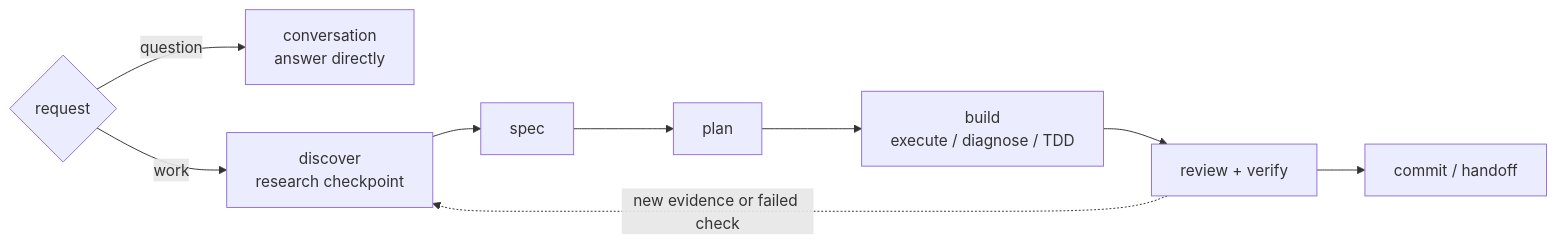
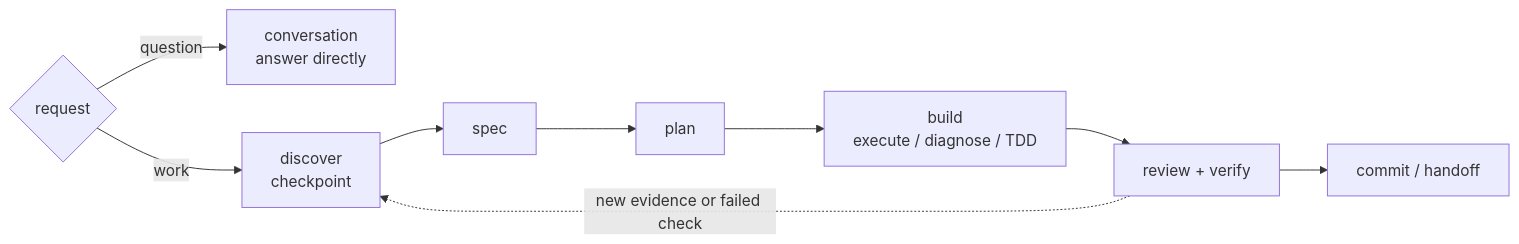
One commit to hassan-mohiddin/freeflow changed the first of 2 diagrams in plugins/freeflow/skills/workflow/references/workflow-map.md. Above: the diagram before and after it, drawn with Mermaid. The commit also changed other lines of this file and 51 other files, not shown here.

````diff
--- a/plugins/freeflow/skills/workflow/references/workflow-map.md
+++ b/plugins/freeflow/skills/workflow/references/workflow-map.md
@@ -11,16 +11,16 @@
 ```mermaid
 flowchart LR
   Request{request}
   Talk[conversation<br/>answer directly]
-  Discover[discover<br/>research checkpoint]
+  Discover[discover<br/>checkpoint]
   Spec[spec]
   Plan[plan]
   Build[build<br/>execute / diagnose / TDD]
   Check[review + verify]
   Close[commit / handoff]
 
   Request -->|question| Talk
   Request -->|work| Discover
   Discover --> Spec --> Plan --> Build --> Check --> Close
   Check -. new evidence or failed check .-> Discover
 ```
````
